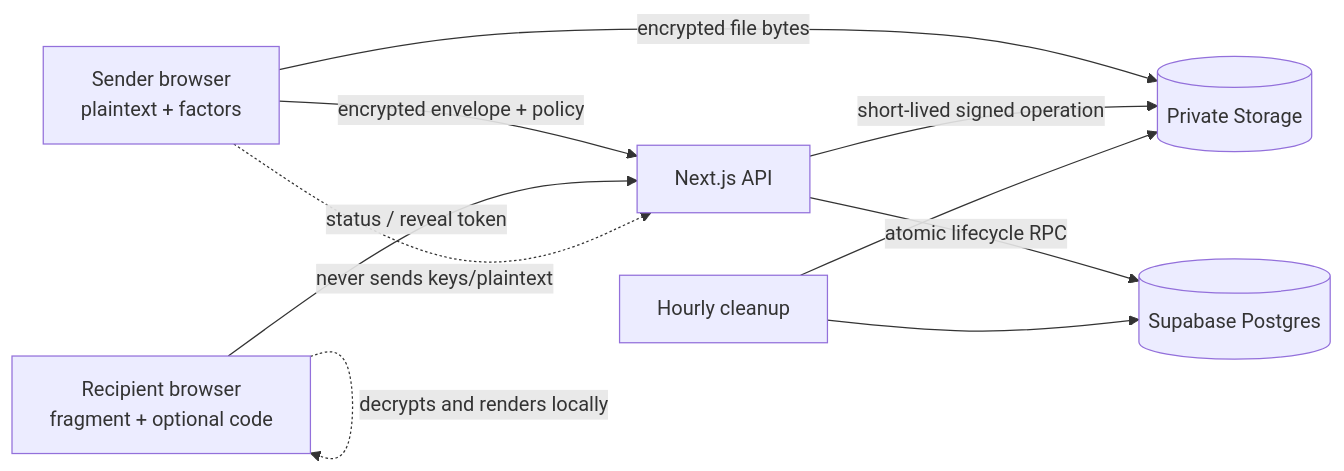
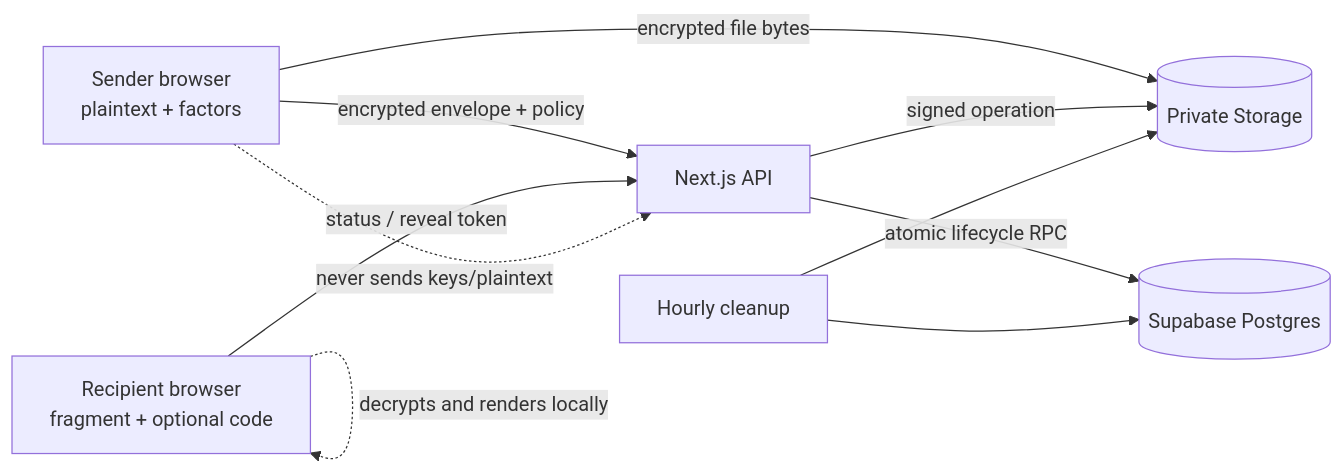
The first of 3 diagrams in docs/architecture-diagrams.md (adithyarao2605/SecureBin), drawn with Mermaid before and after one commit. The commit also changed 24 other files, not shown here.

````diff
--- a/docs/architecture-diagrams.md
+++ b/docs/architecture-diagrams.md
@@ -19,12 +19,12 @@
 ```mermaid
 flowchart LR
   S[Sender browser\nplaintext + factors] -->|encrypted envelope + policy| A[Next.js API]
   R[Recipient browser\nfragment + optional code] -->|status / reveal token| A
   S -->|encrypted file bytes| ST[(Private Storage)]
   A -->|atomic lifecycle RPC| DB[(Supabase Postgres)]
-  A -->|short-lived signed operation| ST
+  A -->|signed operation| ST
   C[Hourly cleanup] --> DB
   C --> ST
   S -. never sends keys/plaintext .-> A
   R -. decrypts and renders locally .-> R
 ```
````
